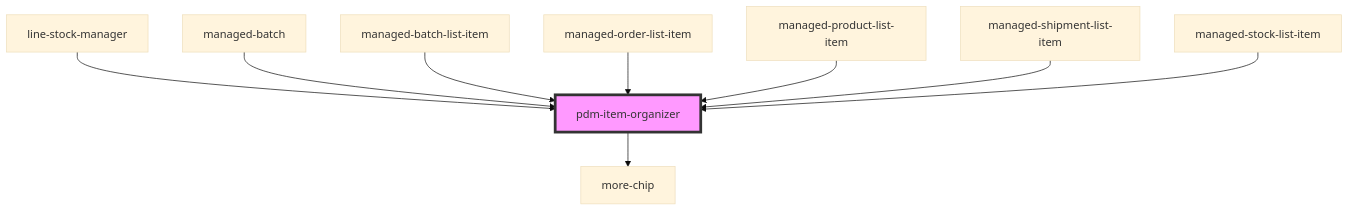
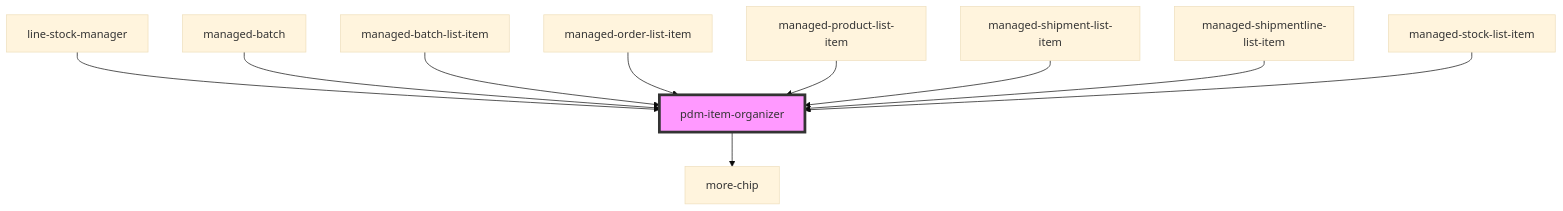
The diagram in pdm-web-components/src/components/pdm-item-organizer/readme.md (PharmaLedger-IMI/fgt-workspace), drawn with Mermaid (base theme) before and after one commit. The commit also changed other lines of this file and 13 other files, not shown here.

````diff
--- a/pdm-web-components/src/components/pdm-item-organizer/readme.md
+++ b/pdm-web-components/src/components/pdm-item-organizer/readme.md
@@ -45,12 +46,13 @@
 ```mermaid
 graph TD;
   pdm-item-organizer --> more-chip
   line-stock-manager --> pdm-item-organizer
   managed-batch --> pdm-item-organizer
   managed-batch-list-item --> pdm-item-organizer
   managed-order-list-item --> pdm-item-organizer
   managed-product-list-item --> pdm-item-organizer
   managed-shipment-list-item --> pdm-item-organizer
+  managed-shipmentline-list-item --> pdm-item-organizer
   managed-stock-list-item --> pdm-item-organizer
   style pdm-item-organizer fill:#f9f,stroke:#333,stroke-width:4px
 ```
````
